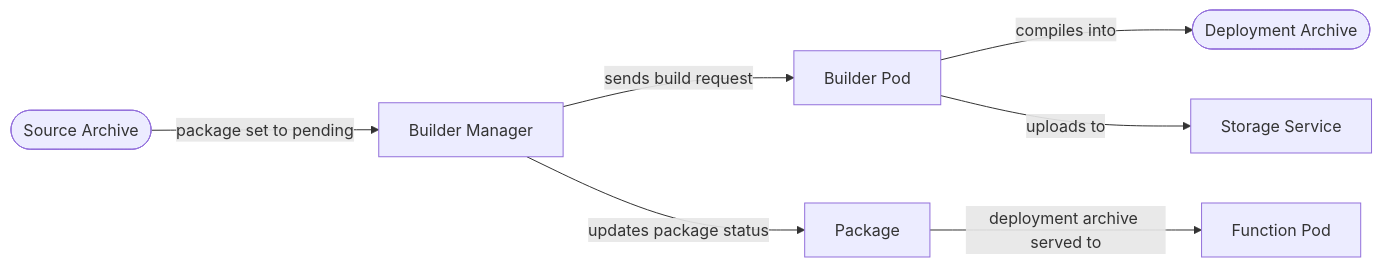
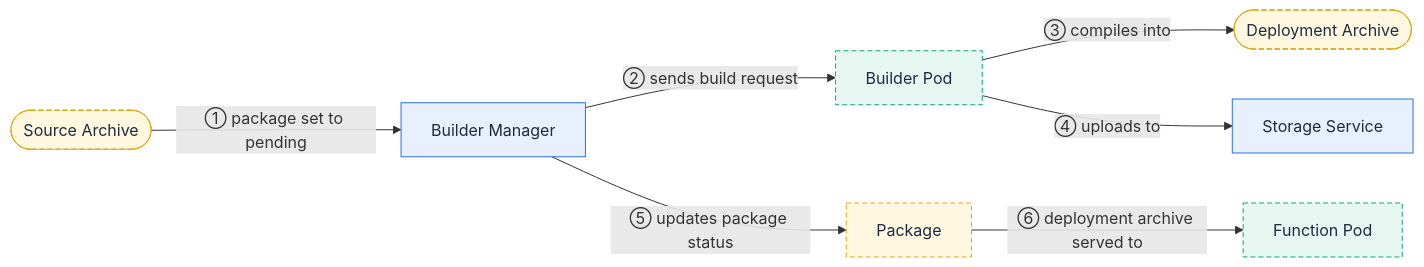
The diagram in content/en/docs/concepts/packages-and-builds.md (fission/fission.io), drawn with Mermaid before and after one commit. The commit also changed 30 other files, not shown here.

First line of the commit message:
Address PR feedback: zoomable diagrams, multi-color kit, centering, preview links

````diff
--- a/content/en/docs/concepts/packages-and-builds.md
+++ b/content/en/docs/concepts/packages-and-builds.md
@@ -57,9 +57,13 @@
 ```mermaid
 flowchart LR
-  src(["Source Archive"]) -->|"package set to pending"| bm["Builder Manager"]
-  bm -->|"sends build request"| builder["Builder Pod"]
-  builder -->|"compiles into"| deploy(["Deployment Archive"])
-  builder -->|"uploads to"| storage["Storage Service"]
-  bm -->|"updates package status"| pkg["Package"]
-  pkg -->|"deployment archive served to"| fnPod["Function Pod"]
+  src(["Source Archive"]):::store -->|"① package set to pending"| bm["Builder Manager"]:::fission
+  bm -->|"② sends build request"| builder["Builder Pod"]:::pod
+  builder -->|"③ compiles into"| deploy(["Deployment Archive"]):::store
+  builder -->|"④ uploads to"| storage["Storage Service"]:::fission
+  bm -->|"⑤ updates package status"| pkg["Package"]:::store
+  pkg -->|"⑥ deployment archive served to"| fnPod["Function Pod"]:::pod
+
+  classDef fission fill:#e8f0fe,stroke:#2d70de,color:#1f2a43
+  classDef pod fill:#e6f7f1,stroke:#11a37f,color:#1f2a43,stroke-dasharray:5 3
+  classDef store fill:#fff7e0,stroke:#dba514,color:#1f2a43,stroke-dasharray:5 3
 ```
````
